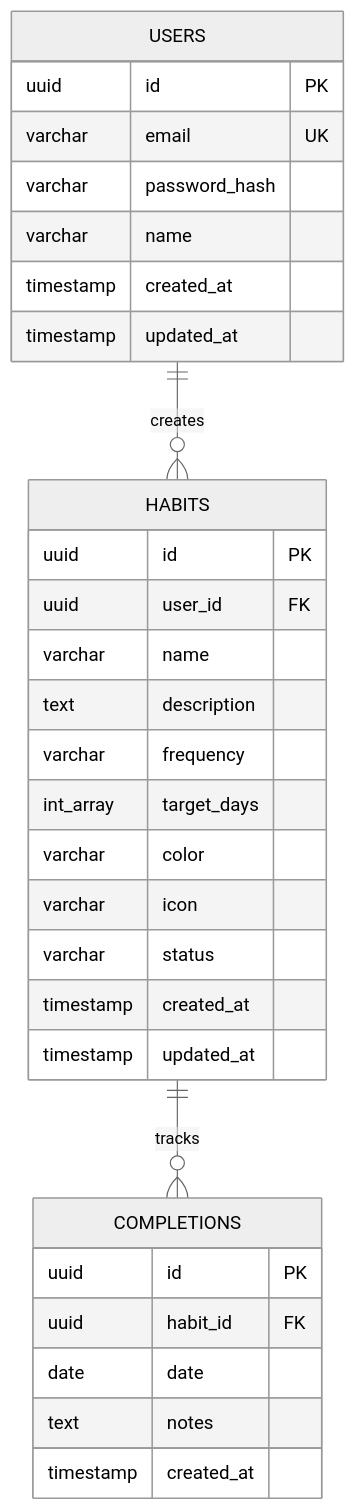
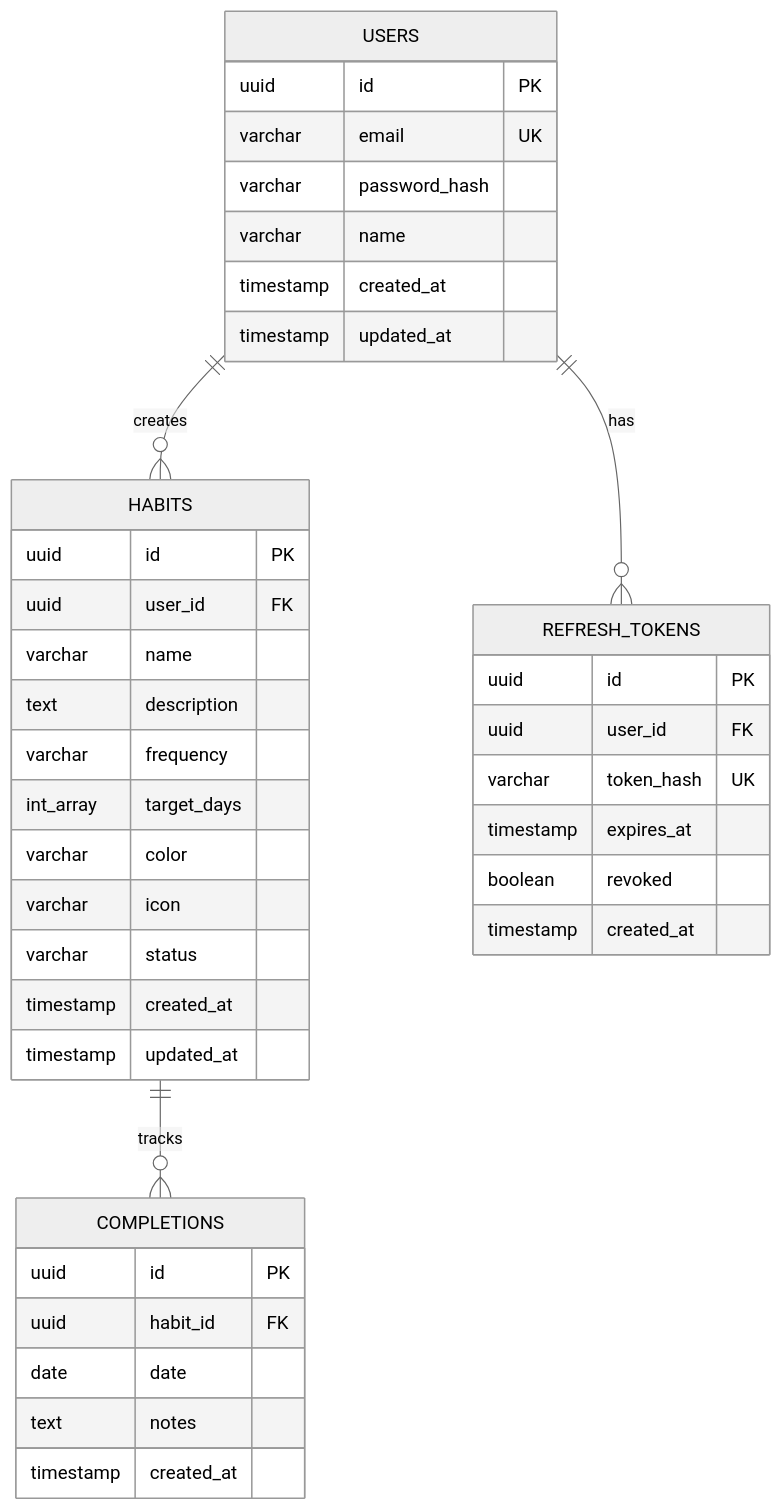
One commit to adamwolfers/habitcraft changed the diagram in shared/database/README.md. Above: the diagram before and after it, drawn with Mermaid (neutral theme). The commit also changed other lines of this file and 2 other files, not shown here.

First line of the commit message:
Update documentation for token security enhancements

````diff
--- a/shared/database/README.md
+++ b/shared/database/README.md
@@ -125,36 +136,46 @@
 ```mermaid
 erDiagram
     USERS ||--o{ HABITS : creates
     HABITS ||--o{ COMPLETIONS : tracks
+    USERS ||--o{ REFRESH_TOKENS : has
 
     USERS {
         uuid id PK
         varchar email UK
         varchar password_hash
         varchar name
         timestamp created_at
         timestamp updated_at
     }
 
     HABITS {
         uuid id PK
         uuid user_id FK
         varchar name
         text description
         varchar frequency
         int_array target_days
         varchar color
         varchar icon
         varchar status
         timestamp created_at
         timestamp updated_at
     }
 
     COMPLETIONS {
         uuid id PK
         uuid habit_id FK
         date date
         text notes
         timestamp created_at
     }
+
+    REFRESH_TOKENS {
+        uuid id PK
+        uuid user_id FK
+        varchar token_hash UK
+        timestamp expires_at
+        boolean revoked
+        timestamp created_at
+    }
 ```
````
